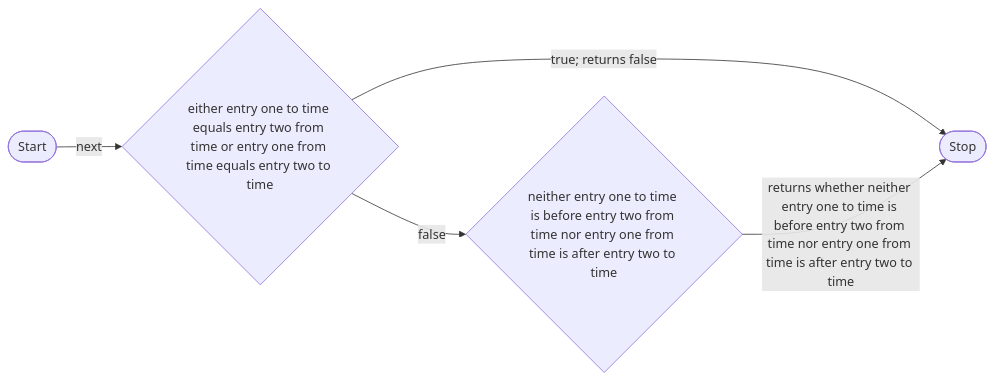
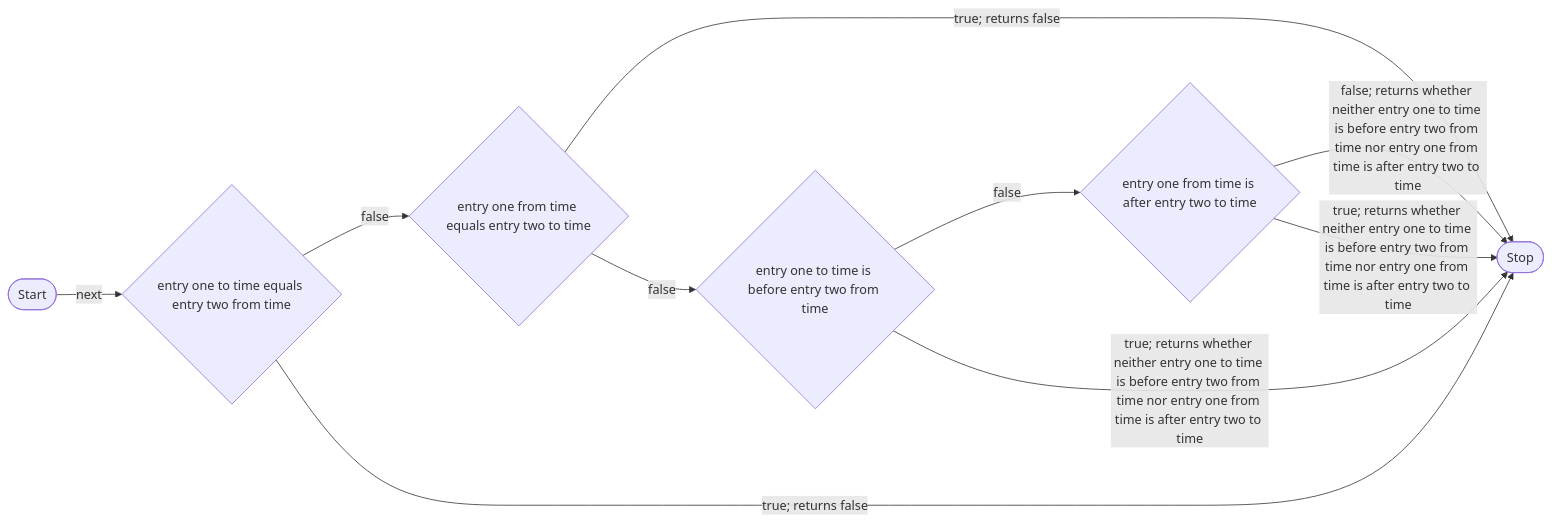
The diagram in conformance/mega-backend/generated/detect-overlapping-time-entries-structure.mmd (Gepardec/businesstracing), drawn with Mermaid before and after one commit. The commit also changed 29 other files, not shown here.

```diff
--- a/conformance/mega-backend/generated/detect-overlapping-time-entries-structure.mmd
+++ b/conformance/mega-backend/generated/detect-overlapping-time-entries-structure.mmd
@@ -1,9 +1,16 @@
 flowchart LR
     n1(["Start"])
-    n2{"either entry one to time equals entry two from time or entry one from time equals entry two to time"}
-    n3(["Stop"])
-    n4{"neither entry one to time is before entry two from time nor entry one from time is after entry two to time"}
+    n2{"entry one to time equals entry two from time"}
+    n3{"entry one from time equals entry two to time"}
+    n4(["Stop"])
+    n5{"entry one to time is before entry two from time"}
+    n6{"entry one from time is after entry two to time"}
+    n2 -->|"false"| n3
     n1 -->|"next"| n2
-    n2 -->|"true; returns false"| n3
-    n2 -->|"false"| n4
-    n4 -->|"returns whether neither entry one to time is before entry two from time nor entry one from time is after entry two to time"| n3
+    n2 -->|"true; returns false"| n4
+    n3 -->|"true; returns false"| n4
+    n5 -->|"false"| n6
+    n3 -->|"false"| n5
+    n6 -->|"false; returns whether neither entry one to time is before entry two from time nor entry one from time is after entry two to time"| n4
+    n5 -->|"true; returns whether neither entry one to time is before entry two from time nor entry one from time is after entry two to time"| n4
+    n6 -->|"true; returns whether neither entry one to time is before entry two from time nor entry one from time is after entry two to time"| n4
```
